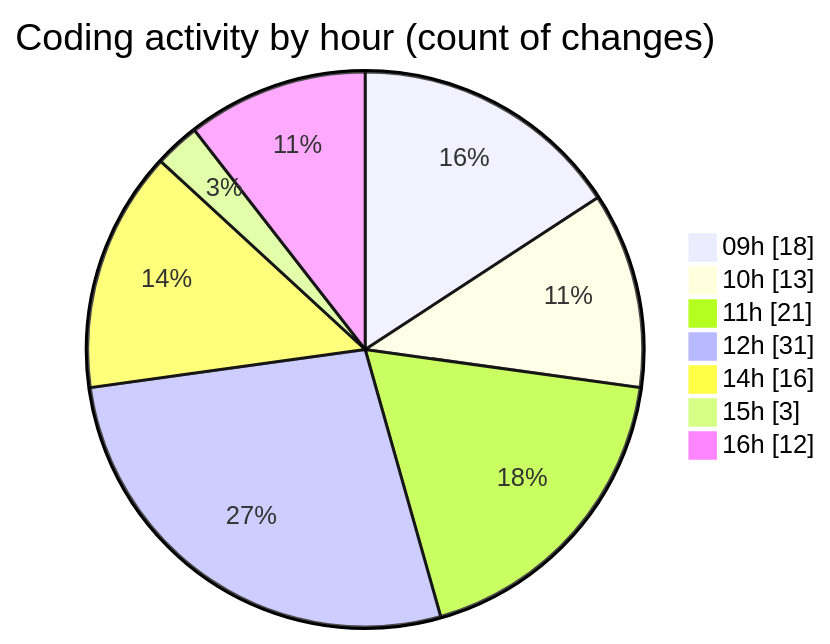
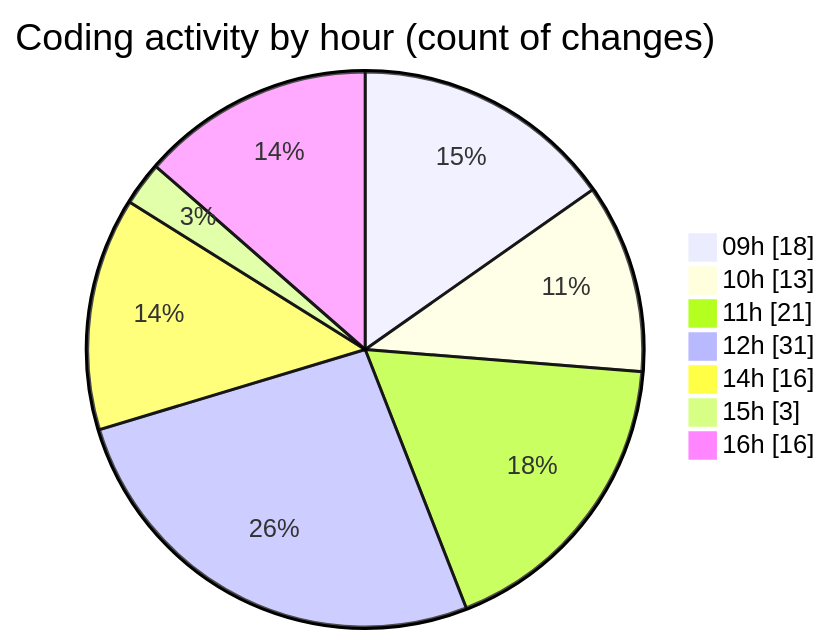
Before and after one commit to momahboobian/code-tracking: the second of 2 diagrams in 2026-08-12/cda/README.md, drawn with Mermaid. The commit also changed other lines of this file and 1 other file, not shown here.

````diff
--- a/2026-08-12/cda/README.md
+++ b/2026-08-12/cda/README.md
@@ -66,11 +66,11 @@
 ```mermaid
 pie showData
 title Coding activity by hour (count of changes)
 "09h" : 18
 "10h" : 13
 "11h" : 21
 "12h" : 31
 "14h" : 16
 "15h" : 3
-"16h" : 12
+"16h" : 16
 ```
````
